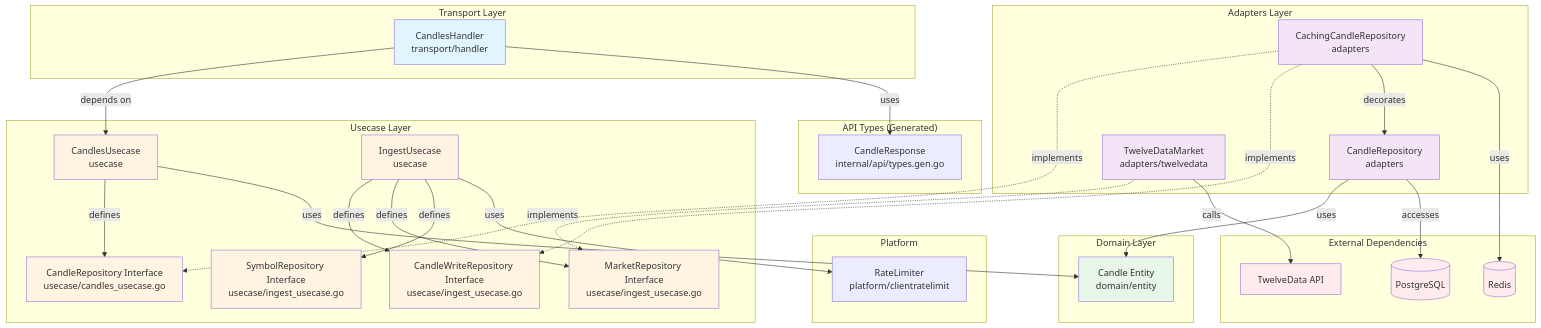
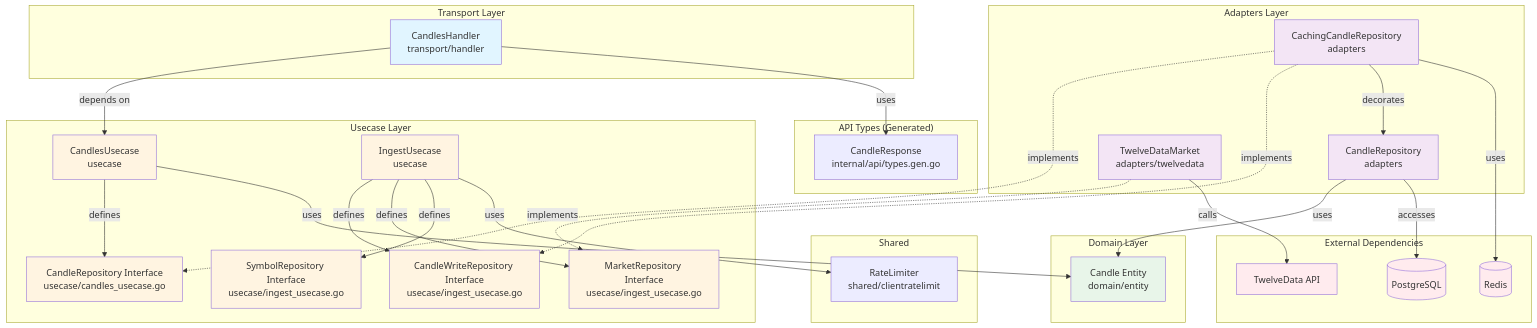
Before and after one commit to UCHIDAnobuhiro/stock_backend: the third of 3 diagrams in internal/feature/candles/README.md, drawn with Mermaid. The commit also changed 13 other files, not shown here.

````diff
--- a/internal/feature/candles/README.md
+++ b/internal/feature/candles/README.md
@@ -211,71 +211,71 @@
 ```mermaid
 graph TB
     subgraph "Transport Layer"
         Handler[CandlesHandler<br/>transport/handler]
     end
 
     subgraph "API Types (Generated)"
         APITypes[CandleResponse<br/>internal/api/types.gen.go]
     end
 
     subgraph "Usecase Layer"
         CandlesUC[CandlesUsecase<br/>usecase]
         IngestUC[IngestUsecase<br/>usecase]
         ReadInterface[CandleRepository Interface<br/>usecase/candles_usecase.go]
         WriteInterface[CandleWriteRepository Interface<br/>usecase/ingest_usecase.go]
         MarketInterface[MarketRepository Interface<br/>usecase/ingest_usecase.go]
         SymbolInterface[SymbolRepository Interface<br/>usecase/ingest_usecase.go]
     end
 
     subgraph "Domain Layer"
         Entity[Candle Entity<br/>domain/entity]
     end
 
     subgraph "Adapters Layer"
         RepoImpl[CandleRepository<br/>adapters]
         Cache[CachingCandleRepository<br/>adapters]
         TwelveData[TwelveDataMarket<br/>adapters/twelvedata]
     end
 
-    subgraph "Platform"
-        RateLimiter[RateLimiter<br/>platform/clientratelimit]
+    subgraph "Shared"
+        RateLimiter[RateLimiter<br/>shared/clientratelimit]
     end
 
     subgraph "External Dependencies"
         DB[(PostgreSQL)]
         Redis[(Redis)]
         API[TwelveData API]
     end
 
     Handler -->|depends on| CandlesUC
     Handler -->|uses| APITypes
     CandlesUC -->|defines| ReadInterface
     CandlesUC -->|uses| Entity
     IngestUC -->|defines| WriteInterface
     IngestUC -->|defines| MarketInterface
     IngestUC -->|defines| SymbolInterface
     IngestUC -->|uses| RateLimiter
     Cache -.->|implements| ReadInterface
     Cache -.->|implements| WriteInterface
     Cache -->|decorates| RepoImpl
     Cache -->|uses| Redis
     RepoImpl -->|uses| Entity
     RepoImpl -->|accesses| DB
     TwelveData -.->|implements| MarketInterface
     TwelveData -->|calls| API
 
     style Handler fill:#e1f5ff
     style CandlesUC fill:#fff4e1
     style IngestUC fill:#fff4e1
     style Entity fill:#e8f5e9
     style ReadInterface fill:#fff4e1
     style WriteInterface fill:#fff4e1
     style MarketInterface fill:#fff4e1
     style SymbolInterface fill:#fff4e1
     style RepoImpl fill:#f3e5f5
     style Cache fill:#f3e5f5
     style TwelveData fill:#f3e5f5
     style DB fill:#ffebee
     style Redis fill:#ffebee
     style API fill:#ffebee
 ```
````
